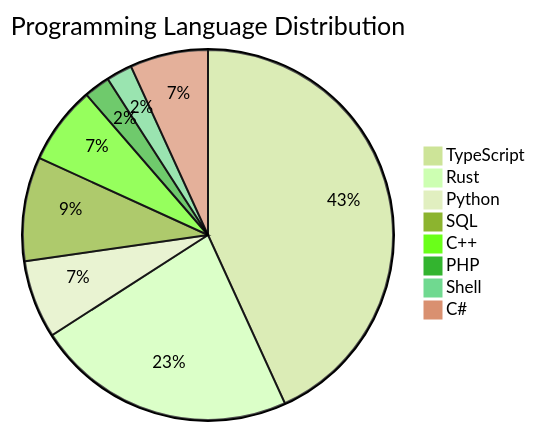
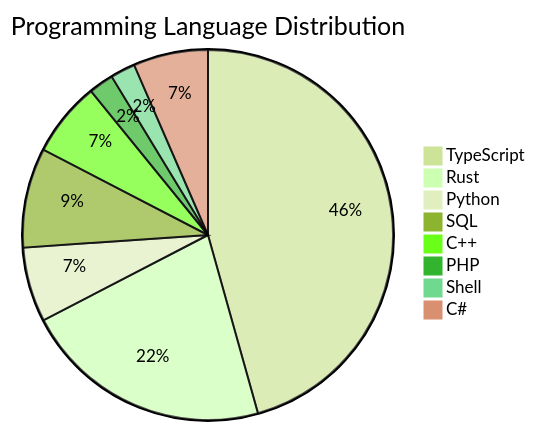
The second of 2 diagrams in JOURNAL.md (ernivani/leetcode-solutions), drawn with Mermaid (forest theme) before and after one commit. The commit also changed other lines of this file and 3 other files, not shown here.

Commit message:
Update JOURNAL.md and README.md to add new entries for problems 39: Combination Sum and 38: Count and Say with corresponding TypeScript solutions. Adjust problem difficulty and programming language distribution statistics to reflect the new entries. Ensure proper formatting throughout.

````diff
--- a/JOURNAL.md
+++ b/JOURNAL.md
@@ -63,11 +65,11 @@
 ```mermaid
 pie title Programming Language Distribution
-    "TypeScript" : 19
+    "TypeScript" : 21
     "Rust" : 10
     "Python" : 3
     "SQL" : 4
     "C++" : 3
     "PHP" : 1
     "Shell" : 1
     "C#" : 3
 ```
````
